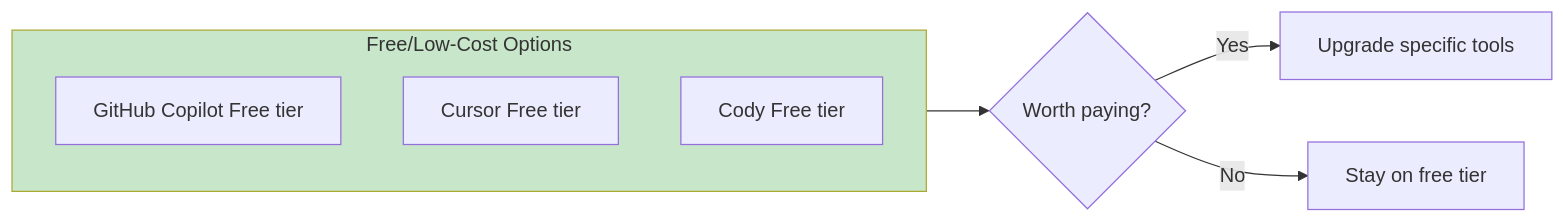
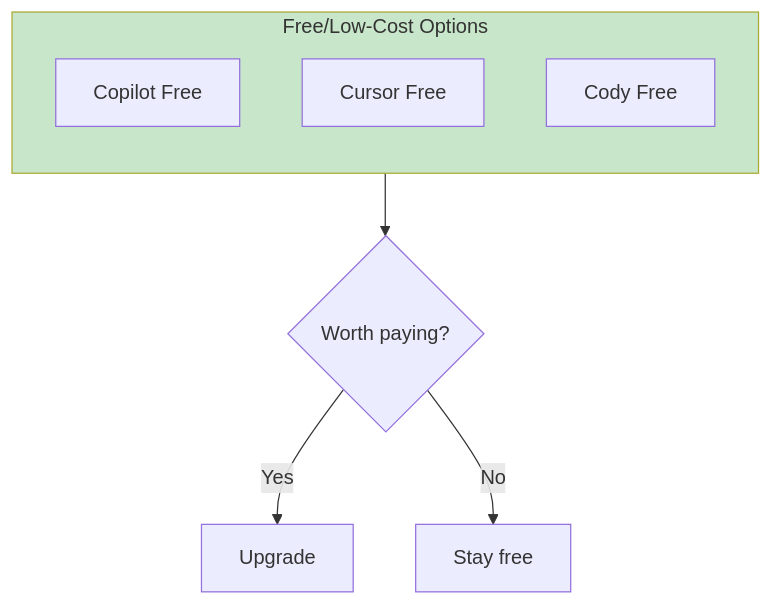
The second of 4 diagrams in website/content/papers/ai-dlc-2026/runbooks/adoption/tooling-costs.md (TheBushidoCollective/han), drawn with Mermaid before and after one commit. The commit also changed 21 other files, not shown here.

First line of the commit message:
fix(website): convert all AI-DLC runbook Mermaid diagrams to TB layout

````diff
--- a/website/content/papers/ai-dlc-2026/runbooks/adoption/tooling-costs.md
+++ b/website/content/papers/ai-dlc-2026/runbooks/adoption/tooling-costs.md
@@ -62,15 +62,15 @@
 ```mermaid
-flowchart LR
+flowchart TB
     subgraph FreeTier["Free/Low-Cost Options"]
         direction TB
-        F1[GitHub Copilot Free tier]
-        F2[Cursor Free tier]
-        F3[Cody Free tier]
+        F1[Copilot Free]
+        F2[Cursor Free]
+        F3[Cody Free]
     end
 
     FreeTier --> Evaluate{Worth paying?}
-    Evaluate -->|Yes| Upgrade[Upgrade specific tools]
-    Evaluate -->|No| Stay[Stay on free tier]
+    Evaluate -->|Yes| Upgrade[Upgrade]
+    Evaluate -->|No| Stay[Stay free]
 
     style FreeTier fill:#c8e6c9
 ```
````
